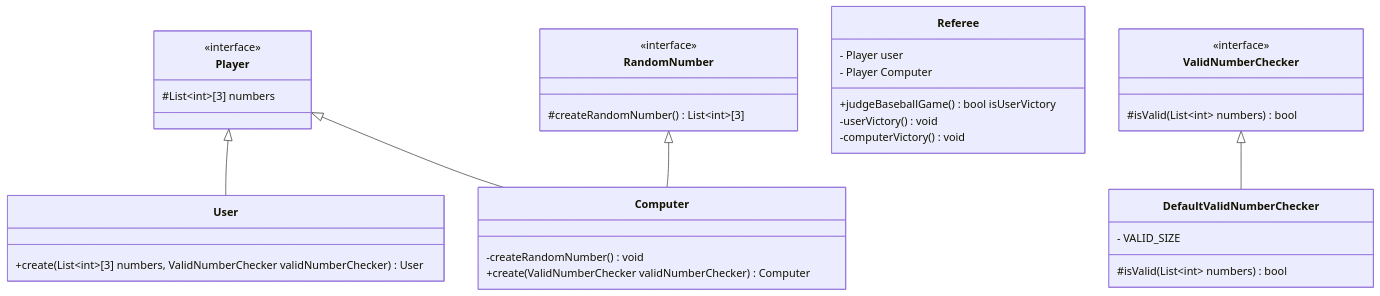
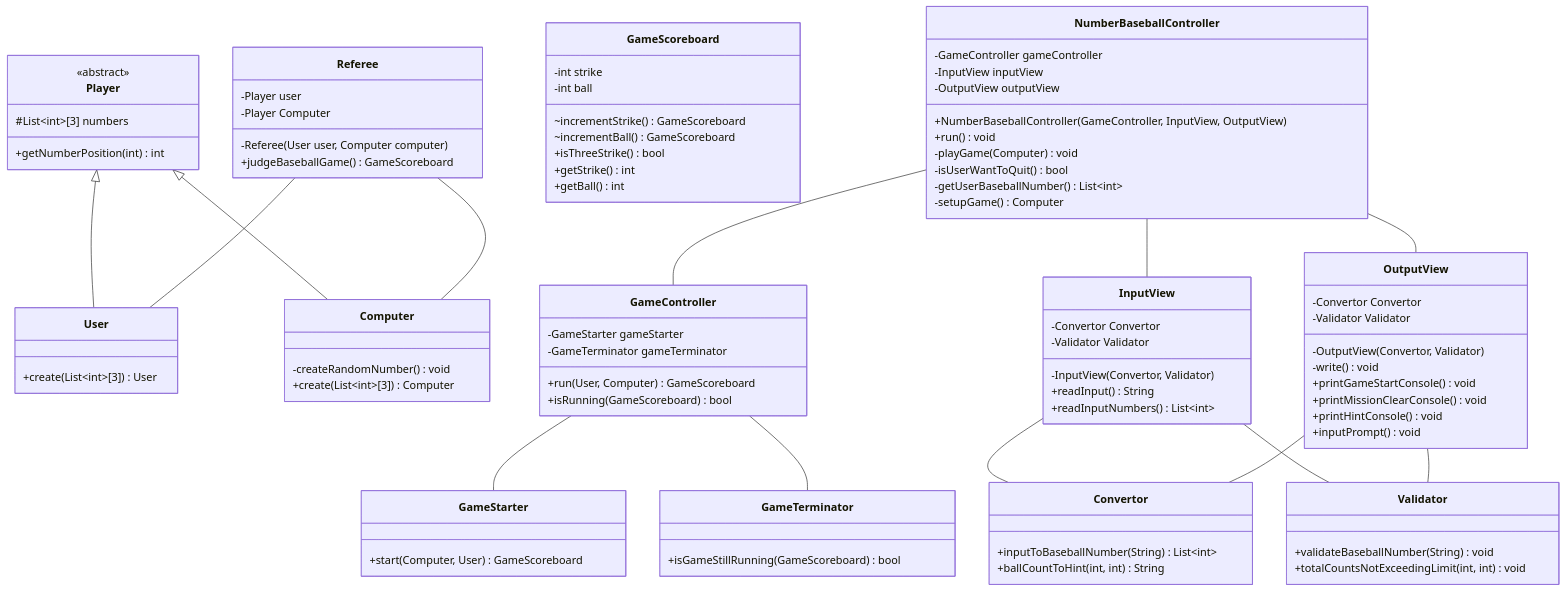
One commit to woowacourse-precourse/java-baseball-6 changed the second of 2 diagrams in docs/README.md. Above: the diagram before and after it, drawn with Mermaid. The commit also changed other lines of this file, not shown here.

Commit message:
docs: readme 수정

````diff
--- a/docs/README.md
+++ b/docs/README.md
@@ -22,43 +22,109 @@
 ```mermaid
-classDiagram
+    classDiagram
+
+    class Player {
+        <<abstract>>
+        #List~int~[3] numbers
+        +getNumberPosition(int) int
+    }
     
-    class Player{
-        <<interface>>
-        #List~int~[3] numbers
+    class User {
+        +create(List~int~[3]) User
     }
+
+    class Computer {
+        -createRandomNumber() void
+        +create(List~int~[3]) Computer
+    }
+
     Player <|-- User
     Player <|-- Computer
-    RandomNumber <|-- Computer
-    
-    class User {
-        +create(List~int~[3] numbers, ValidNumberChecker validNumberChecker) User
-    }
-    class Computer{
-        -createRandomNumber() void
-        +create(ValidNumberChecker validNumberChecker) Computer
+
+    class Referee {
+        -Player user
+        -Player Computer
+        -Referee(User user, Computer computer)
+        +judgeBaseballGame() GameScoreboard
     }
 
-    class RandomNumber {
-        <<interface>>
-        #createRandomNumber() List~int~[3]
+    class GameScoreboard {
+        -int strike
+        -int ball
+        ~incrementStrike() GameScoreboard
+        ~incrementBall() GameScoreboard
+        +isThreeStrike() bool
+        +getStrike() int
+        +getBall() int
     }
 
-    class Referee {
-        - Player user
-        - Player Computer
-        +judgeBaseballGame() bool isUserVictory
-        -userVictory() void
-        -computerVictory() void
+    class NumberBaseballController {
+        -GameController gameController
+        -InputView inputView
+        -OutputView outputView
+        +NumberBaseballController(GameController, InputView, OutputView)
+        +run() void
+        -playGame(Computer) void
+        -isUserWantToQuit() bool
+        -getUserBaseballNumber() List~int~
+        -setupGame() Computer
     }
 
-    ValidNumberChecker <|-- DefaultValidNumberChecker
-    class ValidNumberChecker {
-        <<interface>>
-        #isValid(List~int~ numbers) bool
+    class GameController {
+        -GameStarter gameStarter
+        -GameTerminator gameTerminator
+        +run(User, Computer) GameScoreboard
+        +isRunning(GameScoreboard) bool
     }
 
-    class DefaultValidNumberChecker {
-        - VALID_SIZE
-        #isValid(List~int~ numbers) bool
+    class GameStarter {
+        +start(Computer, User) GameScoreboard
     }
+
+    class GameTerminator {
+        +isGameStillRunning(GameScoreboard) bool
+    }
+
+    class InputView {
+        -Convertor Convertor
+        -Validator Validator
+        -InputView(Convertor, Validator)
+        +readInput() String
+        +readInputNumbers() List~int~
+    }
+
+    class OutputView {
+        -Convertor Convertor
+        -Validator Validator
+        -OutputView(Convertor, Validator)
+        -write() void
+        +printGameStartConsole() void
+        +printMissionClearConsole() void
+        +printHintConsole() void
+        +inputPrompt() void
+    }
+
+    class Convertor {
+        +inputToBaseballNumber(String) List~int~
+        +ballCountToHint(int, int) String
+    }
+
+    class Validator {
+        +validateBaseballNumber(String) void
+        +totalCountsNotExceedingLimit(int, int) void
+    }
+
+    GameController -- GameStarter
+    GameController -- GameTerminator
+    
+    Referee -- User
+    Referee -- Computer
+
+    NumberBaseballController -- GameController
+    NumberBaseballController -- InputView
+    NumberBaseballController -- OutputView
+        
+    InputView -- Convertor
+    InputView -- Validator 
+    OutputView -- Convertor
+    OutputView -- Validator 
 ```
````
